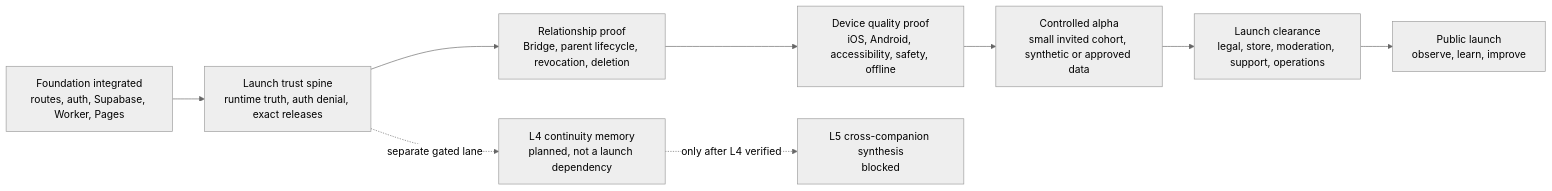
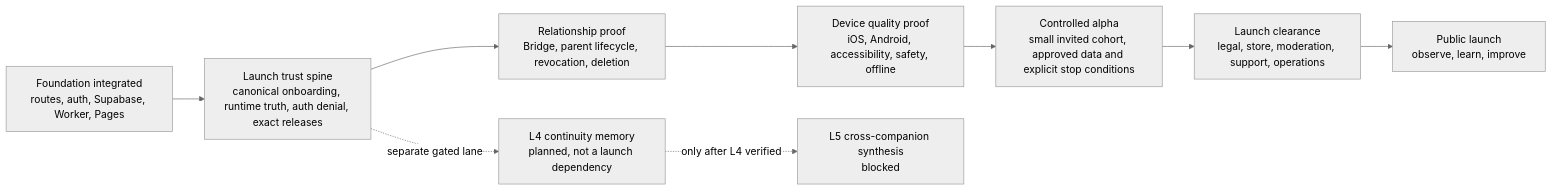
The diagram in docs/LAUNCH_ROADMAP.md (jussray/Bip), drawn with Mermaid (neutral theme) before and after one commit. The commit also changed other lines of this file, not shown here.

Commit message:
docs: refresh launch roadmap baseline and current trust phase

````diff
--- a/docs/LAUNCH_ROADMAP.md
+++ b/docs/LAUNCH_ROADMAP.md
@@ -13,12 +13,12 @@
 ```mermaid
 flowchart LR
-    A[Foundation integrated<br/>routes, auth, Supabase, Worker, Pages] --> B[Launch trust spine<br/>runtime truth, auth denial, exact releases]
+    A[Foundation integrated<br/>routes, auth, Supabase, Worker, Pages] --> B[Launch trust spine<br/>canonical onboarding, runtime truth, auth denial, exact releases]
     B --> C[Relationship proof<br/>Bridge, parent lifecycle, revocation, deletion]
     C --> D[Device quality proof<br/>iOS, Android, accessibility, safety, offline]
-    D --> E[Controlled alpha<br/>small invited cohort, synthetic or approved data]
+    D --> E[Controlled alpha<br/>small invited cohort, approved data and explicit stop conditions]
     E --> F[Launch clearance<br/>legal, store, moderation, support, operations]
     F --> G[Public launch<br/>observe, learn, improve]
 
     B -. separate gated lane .-> H[L4 continuity memory<br/>planned, not a launch dependency]
     H -. only after L4 verified .-> I[L5 cross-companion synthesis<br/>blocked]
 ```
````
